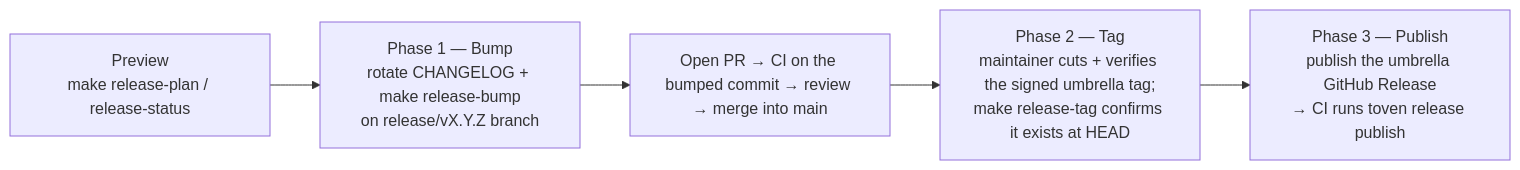
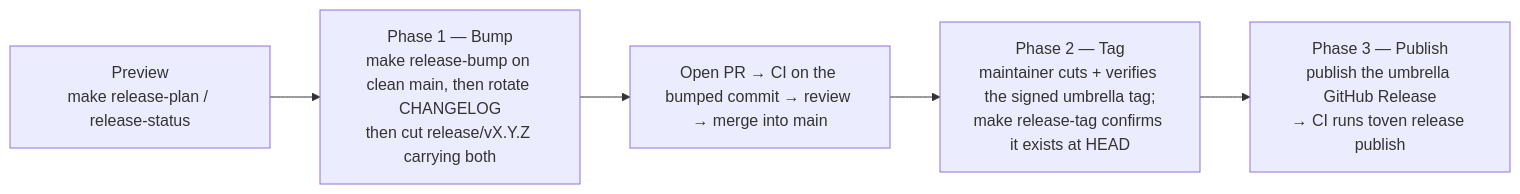
The diagram in docs/RELEASING.md (kbukum/rskit), drawn with Mermaid before and after one commit. The commit also changed other lines of this file and 89 other files, not shown here.

````diff
--- a/docs/RELEASING.md
+++ b/docs/RELEASING.md
@@ -33,7 +79,7 @@
 ```mermaid
 flowchart LR
-    A["Preview<br/>make release-plan / release-status"] --> B["Phase 1 — Bump<br/>rotate CHANGELOG + make release-bump<br/>on release/vX.Y.Z branch"]
+    A["Preview<br/>make release-plan / release-status"] --> B["Phase 1 — Bump<br/>make release-bump on clean main, then rotate CHANGELOG<br/>then cut release/vX.Y.Z carrying both"]
     B --> C["Open PR → CI on the bumped commit → review → merge into main"]
     C --> D["Phase 2 — Tag<br/>maintainer cuts + verifies the signed umbrella tag;<br/>make release-tag confirms it exists at HEAD"]
     D --> E["Phase 3 — Publish<br/>publish the umbrella GitHub Release<br/>→ CI runs toven release publish"]
 ```
````
